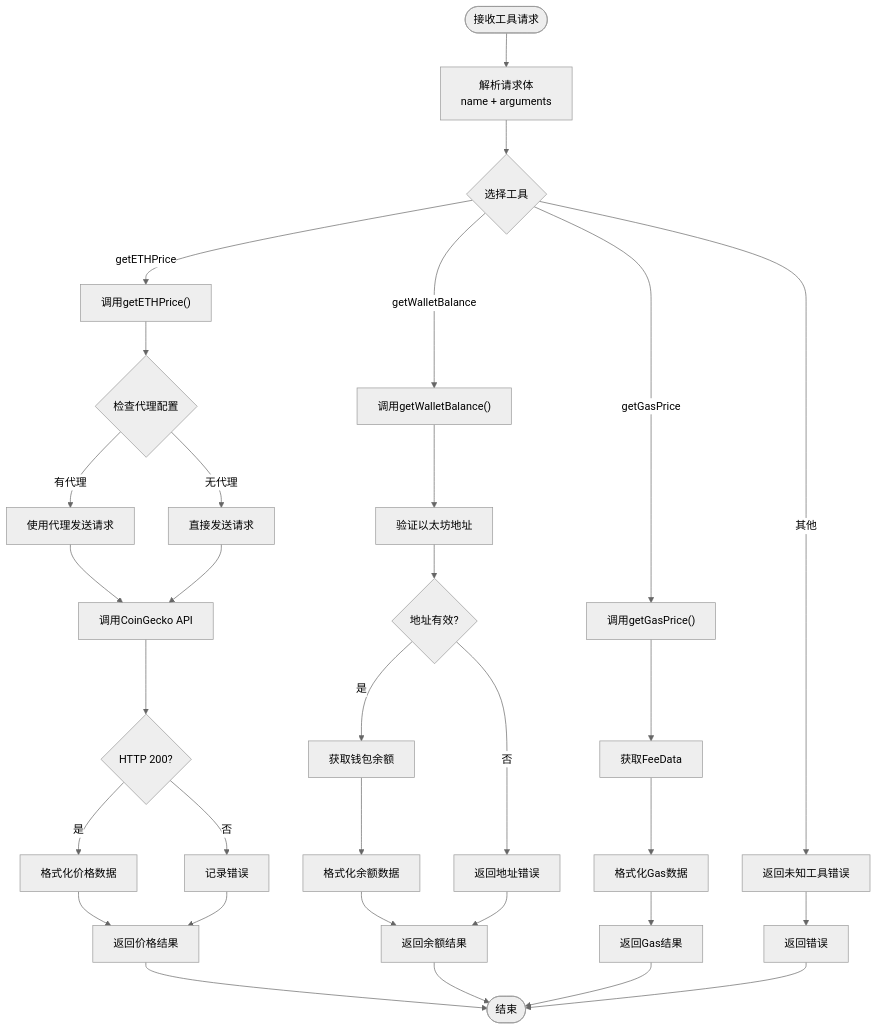
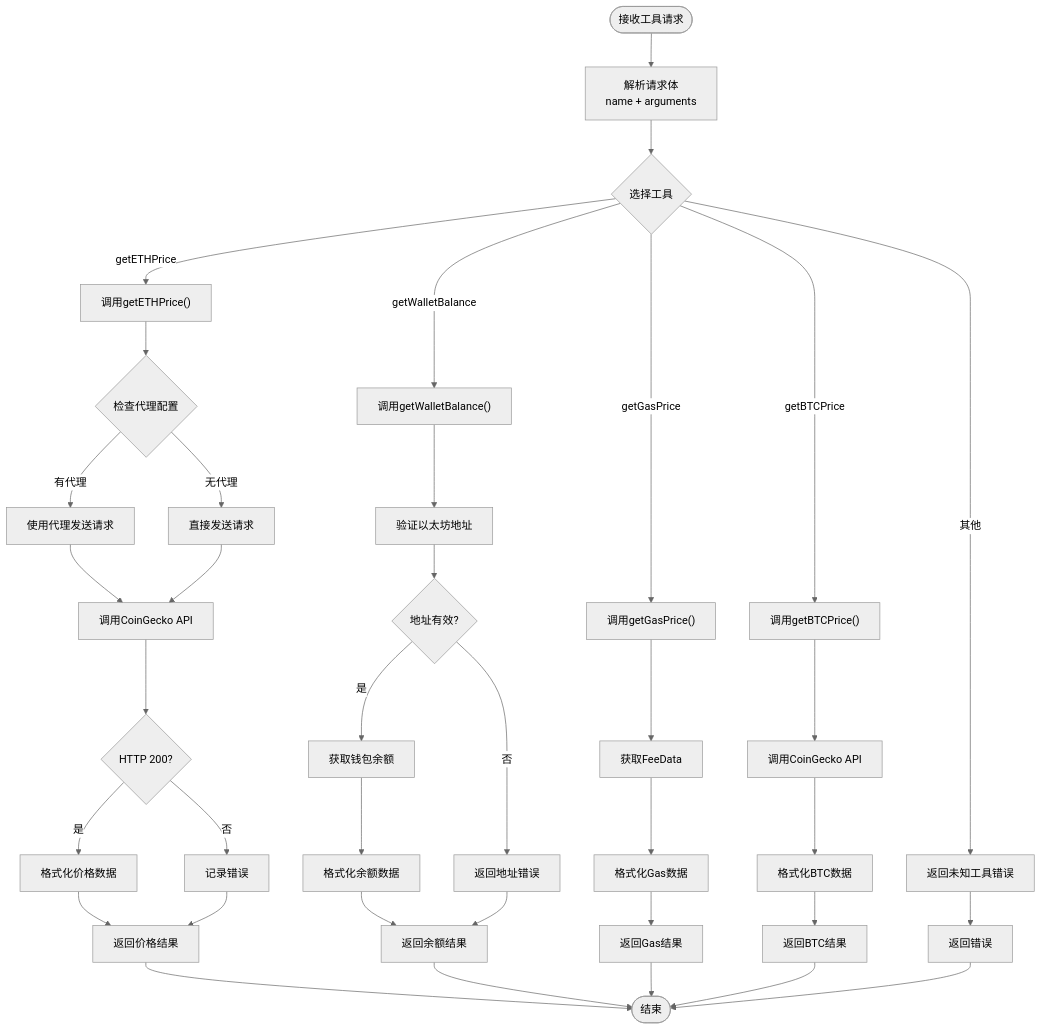
Before and after one commit to CryptoLinxu/Web3-AI-Agent: the sixth of 15 diagrams in .qoder/repowiki/zh/content/项目概述/整体架构概览/AI提供程序集成.md, drawn with Mermaid (neutral theme). The commit also changed other lines of this file and 5 other files, not shown here.

````diff
--- a/.qoder/repowiki/zh/content/项目概述/整体架构概览/AI提供程序集成.md
+++ b/.qoder/repowiki/zh/content/项目概述/整体架构概览/AI提供程序集成.md
@@ -323,34 +348,39 @@
 ```mermaid
 flowchart TD
 Start([接收工具请求]) --> ParseBody["解析请求体<br/>name + arguments"]
 ParseBody --> SwitchTool{"选择工具"}
 SwitchTool --> |getETHPrice| CallPrice["调用getETHPrice()"]
 SwitchTool --> |getWalletBalance| CallBalance["调用getWalletBalance()"]
 SwitchTool --> |getGasPrice| CallGas["调用getGasPrice()"]
+SwitchTool --> |getBTCPrice| CallBTC["调用getBTCPrice()"]
 SwitchTool --> |其他| UnknownTool["返回未知工具错误"]
 CallPrice --> CheckProxy{"检查代理配置"}
 CheckProxy --> |有代理| UseProxy["使用代理发送请求"]
 CheckProxy --> |无代理| DirectRequest["直接发送请求"]
 UseProxy --> FetchPrice["调用CoinGecko API"]
 DirectRequest --> FetchPrice
 FetchPrice --> PriceOK{"HTTP 200?"}
 PriceOK --> |是| FormatPrice["格式化价格数据"]
 PriceOK --> |否| PriceError["记录错误"]
 FormatPrice --> ReturnPrice["返回价格结果"]
 PriceError --> ReturnPrice
 CallBalance --> ValidateAddress["验证以太坊地址"]
 ValidateAddress --> AddressValid{"地址有效?"}
 AddressValid --> |否| BadAddress["返回地址错误"]
 AddressValid --> |是| GetBalance["获取钱包余额"]
 GetBalance --> FormatBalance["格式化余额数据"]
 FormatBalance --> ReturnBalance["返回余额结果"]
 BadAddress --> ReturnBalance
 CallGas --> GetFeeData["获取FeeData"]
 GetFeeData --> FormatGas["格式化Gas数据"]
 FormatGas --> ReturnGas["返回Gas结果"]
+CallBTC --> FetchBTC["调用CoinGecko API"]
+FetchBTC --> FormatBTC["格式化BTC数据"]
+FormatBTC --> ReturnBTC["返回BTC结果"]
 UnknownTool --> ReturnError["返回错误"]
 ReturnPrice --> End([结束])
 ReturnBalance --> End
 ReturnGas --> End
+ReturnBTC --> End
 ReturnError --> End
 ```
````
